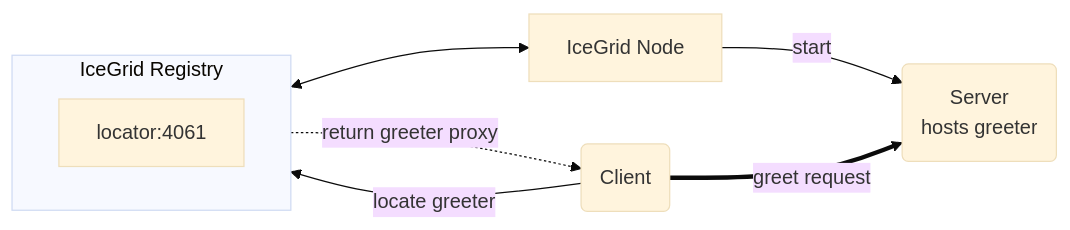
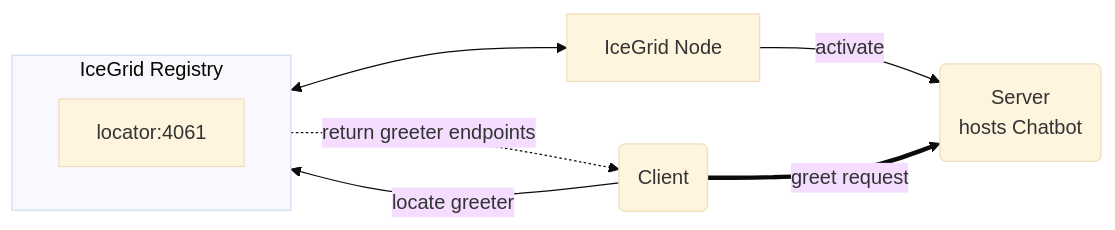
The diagram in cpp/IceGrid/greeter/README.md (zeroc-ice/ice-demos), drawn with Mermaid (base theme) before and after one commit. The commit also changed 4 other files, not shown here.

````diff
--- a/cpp/IceGrid/greeter/README.md
+++ b/cpp/IceGrid/greeter/README.md
@@ -5,18 +5,13 @@
 ```mermaid
 flowchart LR
     Client(Client) --> | locate greeter | Locator
-
     subgraph Registry[IceGrid Registry]
         direction LR
         Locator[locator:4061]
     end
-
     Node[IceGrid Node]
-    Server(Server<br/>hosts greeter)
-
-    Registry <--> Node --> |start| Server
-
-    Locator -.-> |return greeter proxy | Client
-
+    Server(Server<br/>hosts Chatbot)
+    Registry <--> Node --> | activate | Server
+    Locator -.-> |return greeter endpoints | Client
     Client ==> |greet request| Server
 ```
````
